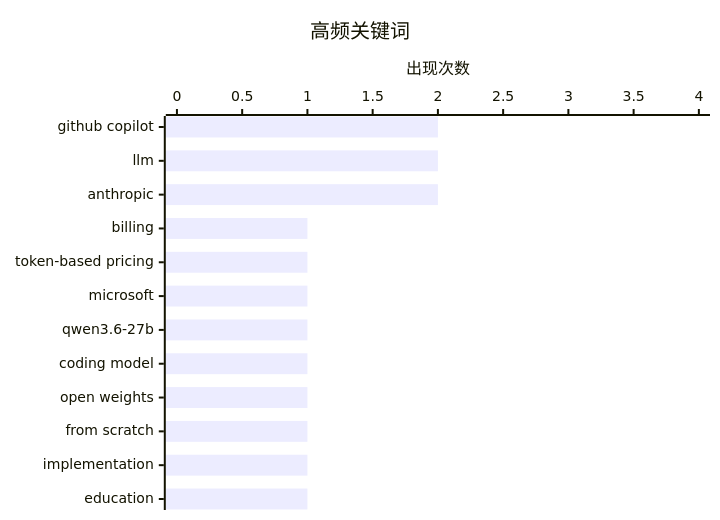
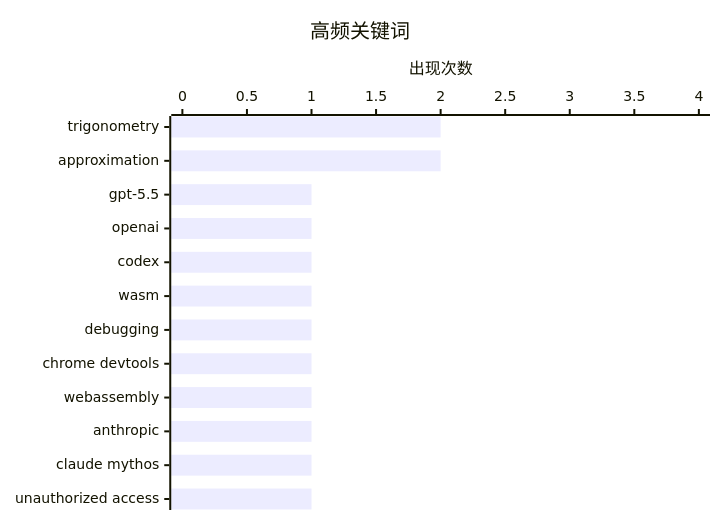
Before and after one commit to NicCraver/ai-daily-digest-web: the second of 2 diagrams in data/digest-20260423.md, drawn with Mermaid. The commit also changed other lines of this file and 2 other files, not shown here.

````diff
--- a/data/digest-20260423.md
+++ b/data/digest-20260423.md
@@ -66,7 +66,7 @@
 ```mermaid
 xychart-beta horizontal
     title "高频关键词"
-    x-axis ["github copilot", "llm", "anthropic", "billing", "token-based pricing", "microsoft", "qwen3.6-27b", "coding model", "open weights", "from scratch", "implementation", "education"]
+    x-axis ["trigonometry", "approximation", "gpt-5.5", "openai", "codex", "wasm", "debugging", "chrome devtools", "webassembly", "anthropic", "claude mythos", "unauthorized access"]
     y-axis "出现次数" 0 --> 4
-    bar [2, 2, 2, 1, 1, 1, 1, 1, 1, 1, 1, 1]
+    bar [2, 2, 1, 1, 1, 1, 1, 1, 1, 1, 1, 1]
 ```
````
